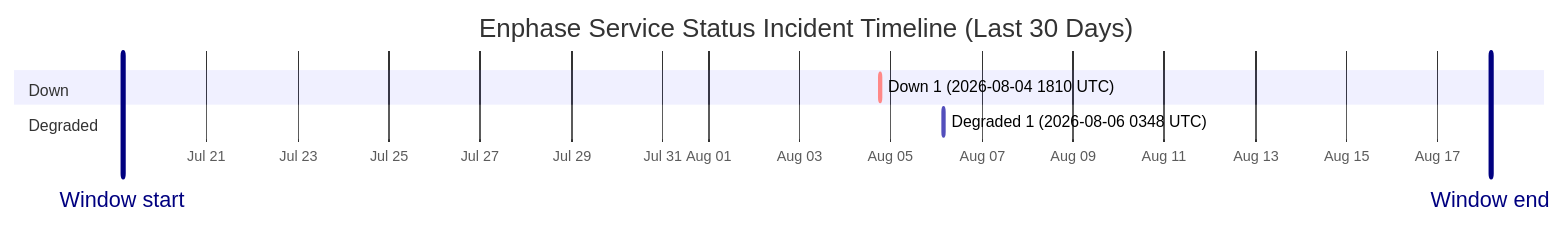
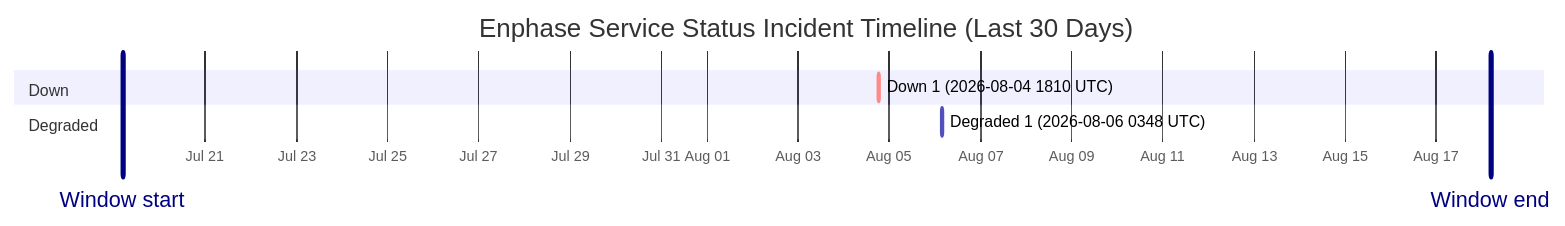
The diagram in wiki/Service-Status-History.md (barneyonline/ha-enphase-energy), drawn with Mermaid before and after one commit. The commit also changed other lines of this file and 3 other files, not shown here.

````diff
--- a/wiki/Service-Status-History.md
+++ b/wiki/Service-Status-History.md
@@ -14,12 +14,12 @@
 ```mermaid
 gantt
     title Enphase Service Status Incident Timeline (Last 30 Days)
     dateFormat  YYYY-MM-DDTHH:mm:ss
     axisFormat  %b %d
-    Window start :vert, window-start, 2026-07-19T03:41:58, 0ms
-    Window end :vert, window-end, 2026-08-18T03:41:58, 0ms
+    Window start :vert, window-start, 2026-07-19T04:32:53, 0ms
+    Window end :vert, window-end, 2026-08-18T04:32:53, 0ms
     section Down
     Down 1 (2026-08-04 1810 UTC) :crit, down-1, 2026-08-04T18:10:46, 60m
     section Degraded
     Degraded 1 (2026-08-06 0348 UTC) :active, degraded-1, 2026-08-06T03:48:14, 60m
 ```
````
